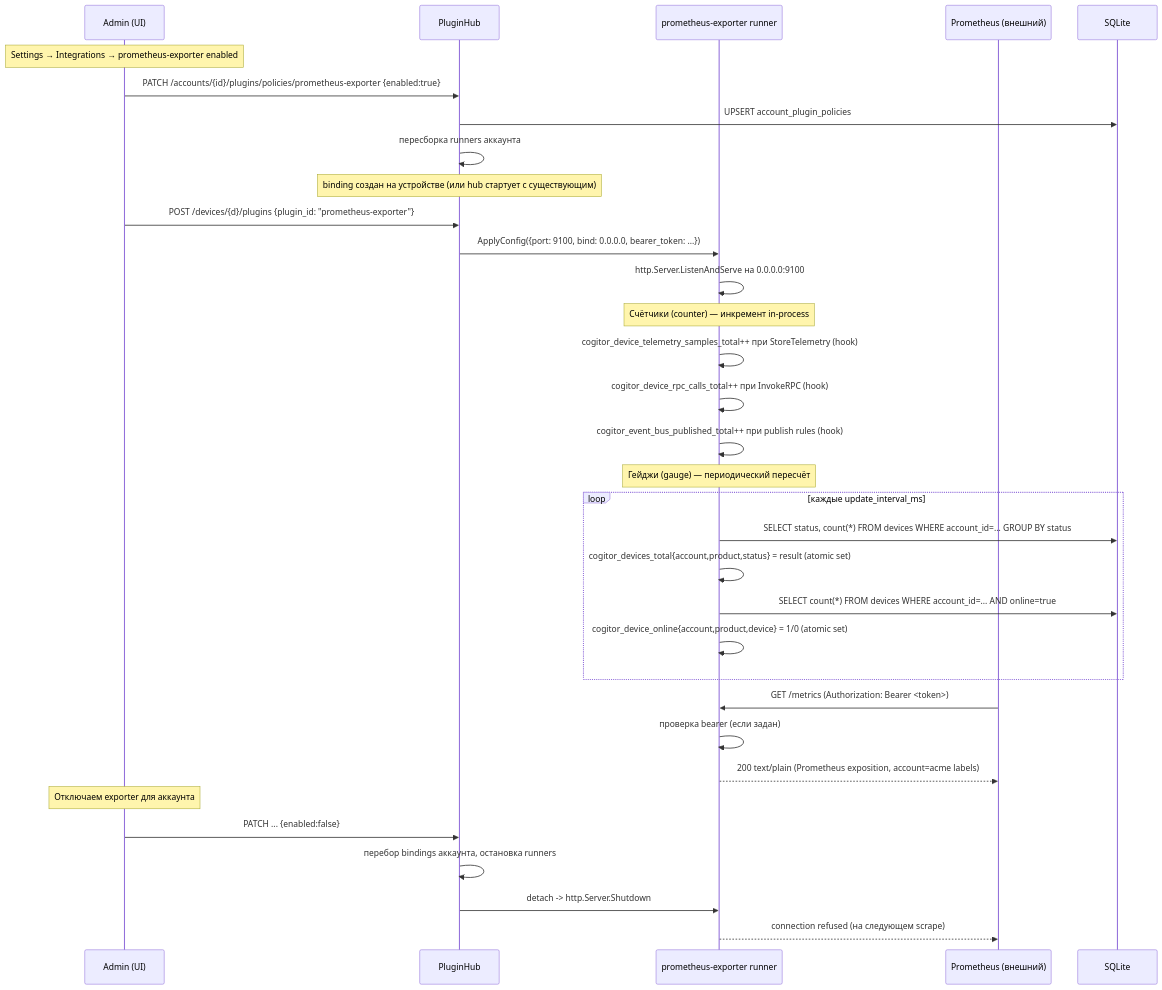
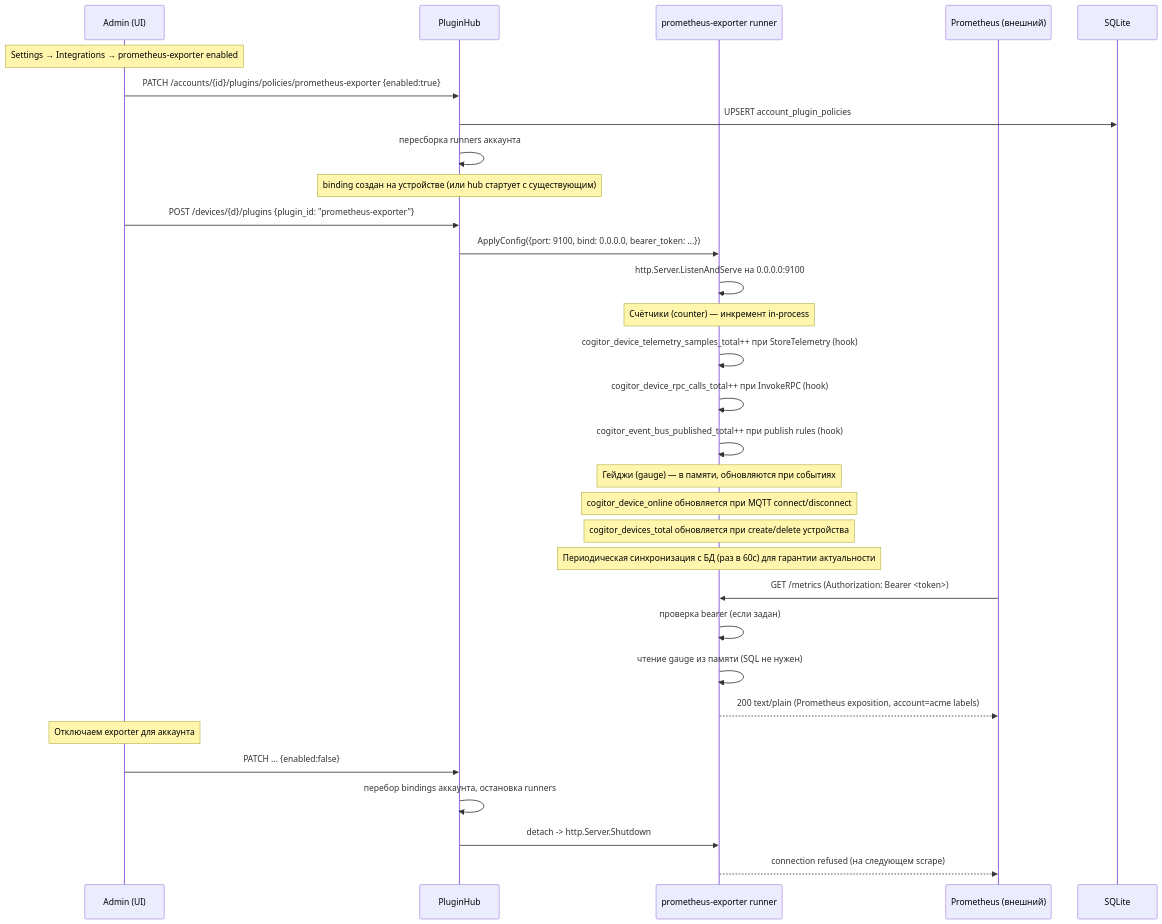
Before and after one commit to darvik80/iot-platform-go: the fourth of 5 diagrams in docs/ru/16-multi-account.md, drawn with Mermaid. The commit also changed other lines of this file and 1 other file, not shown here.

Commit message:
v2.0 PRD: review

````diff
--- a/docs/ru/16-multi-account.md
+++ b/docs/ru/16-multi-account.md
@@ -388,41 +391,39 @@
 ```mermaid
 sequenceDiagram
     participant Adm as Admin (UI)
     participant H as PluginHub
     participant EX as prometheus-exporter runner
     participant Pr as Prometheus (внешний)
     participant DB as SQLite
 
     Note over Adm: Settings → Integrations → prometheus-exporter enabled
     Adm->>H: PATCH /accounts/{id}/plugins/policies/prometheus-exporter {enabled:true}
     H->>DB: UPSERT account_plugin_policies
     H->>H: пересборка runners аккаунта
 
     Note over H: binding создан на устройстве (или hub стартует с существующим)
     Adm->>H: POST /devices/{d}/plugins {plugin_id: "prometheus-exporter"}
     H->>EX: ApplyConfig({port: 9100, bind: 0.0.0.0, bearer_token: ...})
     EX->>EX: http.Server.ListenAndServe на 0.0.0.0:9100
 
     Note over EX: Счётчики (counter) — инкремент in-process
     EX->>EX: cogitor_device_telemetry_samples_total++ при StoreTelemetry (hook)
     EX->>EX: cogitor_device_rpc_calls_total++ при InvokeRPC (hook)
     EX->>EX: cogitor_event_bus_published_total++ при publish rules (hook)
 
-    Note over EX: Гейджи (gauge) — периодический пересчёт
-    loop каждые update_interval_ms
-        EX->>DB: SELECT status, count(*) FROM devices WHERE account_id=... GROUP BY status
-        EX->>EX: cogitor_devices_total{account,product,status} = result (atomic set)
-        EX->>DB: SELECT count(*) FROM devices WHERE account_id=... AND online=true
-        EX->>EX: cogitor_device_online{account,product,device} = 1/0 (atomic set)
-    end
-
+    Note over EX: Гейджи (gauge) — в памяти, обновляются при событиях
+    Note over EX: cogitor_device_online обновляется при MQTT connect/disconnect
+    Note over EX: cogitor_devices_total обновляется при create/delete устройства
+    Note over EX: Периодическая синхронизация с БД (раз в 60с) для гарантии актуальности
+    
     Pr->>EX: GET /metrics (Authorization: Bearer <token>)
     EX->>EX: проверка bearer (если задан)
+    EX->>EX: чтение gauge из памяти (SQL не нужен)
     EX-->>Pr: 200 text/plain (Prometheus exposition, account=acme labels)
 
     Note over Adm: Отключаем exporter для аккаунта
     Adm->>H: PATCH ... {enabled:false}
     H->>H: перебор bindings аккаунта, остановка runners
     H->>EX: detach -> http.Server.Shutdown
     EX-->>Pr: connection refused (на следующем scrape)
 ```
````
